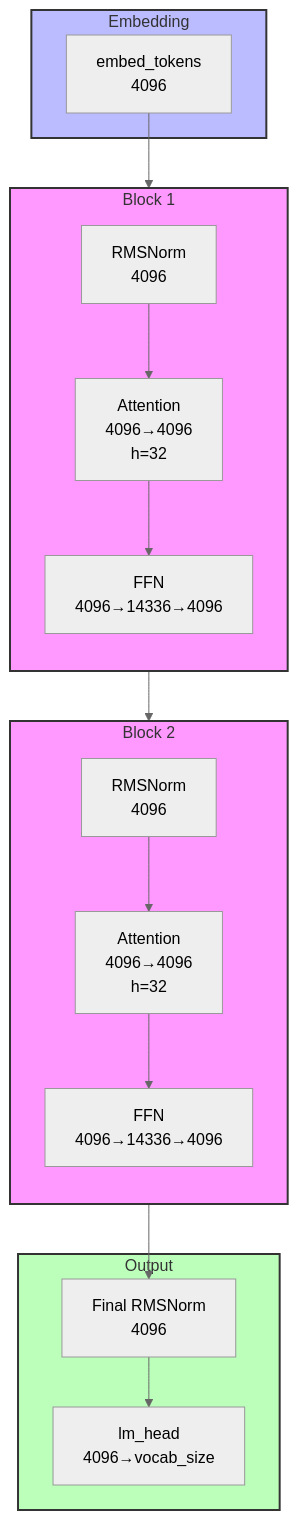
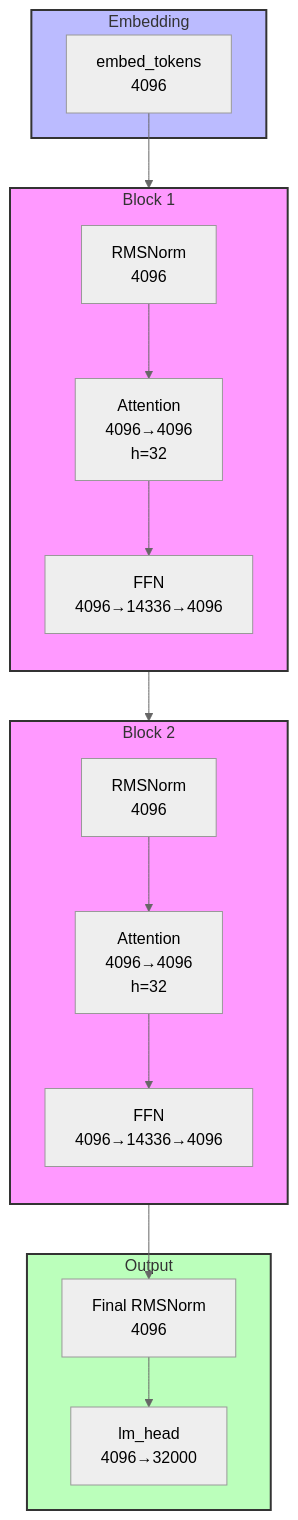
The first of 2 diagrams in create_model_arch_diagram/SKILL.md (kevinoldching/agent-skills), drawn with Mermaid (neutral theme) before and after one commit. The commit also changed other lines of this file, not shown here.

Commit message:
fix: address code quality issues - naming consistency, vocab_size, num_key_value_heads

````diff
--- a/create_model_arch_diagram/SKILL.md
+++ b/create_model_arch_diagram/SKILL.md
@@ -250,39 +251,39 @@
 ```mermaid
 graph TB
     subgraph Embedding
         E[embed_tokens<br/>4096]
     end
 
     subgraph Block_1[Block 1]
         direction TB
         N1[RMSNorm<br/>4096]
         A1[Attention<br/>4096→4096<br/>h=32]
         F1[FFN<br/>4096→14336→4096]
         N1 --> A1
         A1 --> F1
     end
 
     subgraph Block_2[Block 2]
         direction TB
         N2[RMSNorm<br/>4096]
         A2[Attention<br/>4096→4096<br/>h=32]
         F2[FFN<br/>4096→14336→4096]
         N2 --> A2
         A2 --> F2
     end
 
     subgraph Output
         LN[Final RMSNorm<br/>4096]
-        LM[lm_head<br/>4096→vocab_size]
+        LM[lm_head<br/>4096→32000]
     end
 
     E --> N1
     N1 --> N2
     N2 --> LN
     LN --> LM
 
     style Block_1 fill:#f9f,stroke:#333,stroke-width:2px
     style Block_2 fill:#f9f,stroke:#333,stroke-width:2px
     style Embedding fill:#bbf,stroke:#333,stroke-width:2px
     style Output fill:#bfb,stroke:#333,stroke-width:2px
 ```
````
